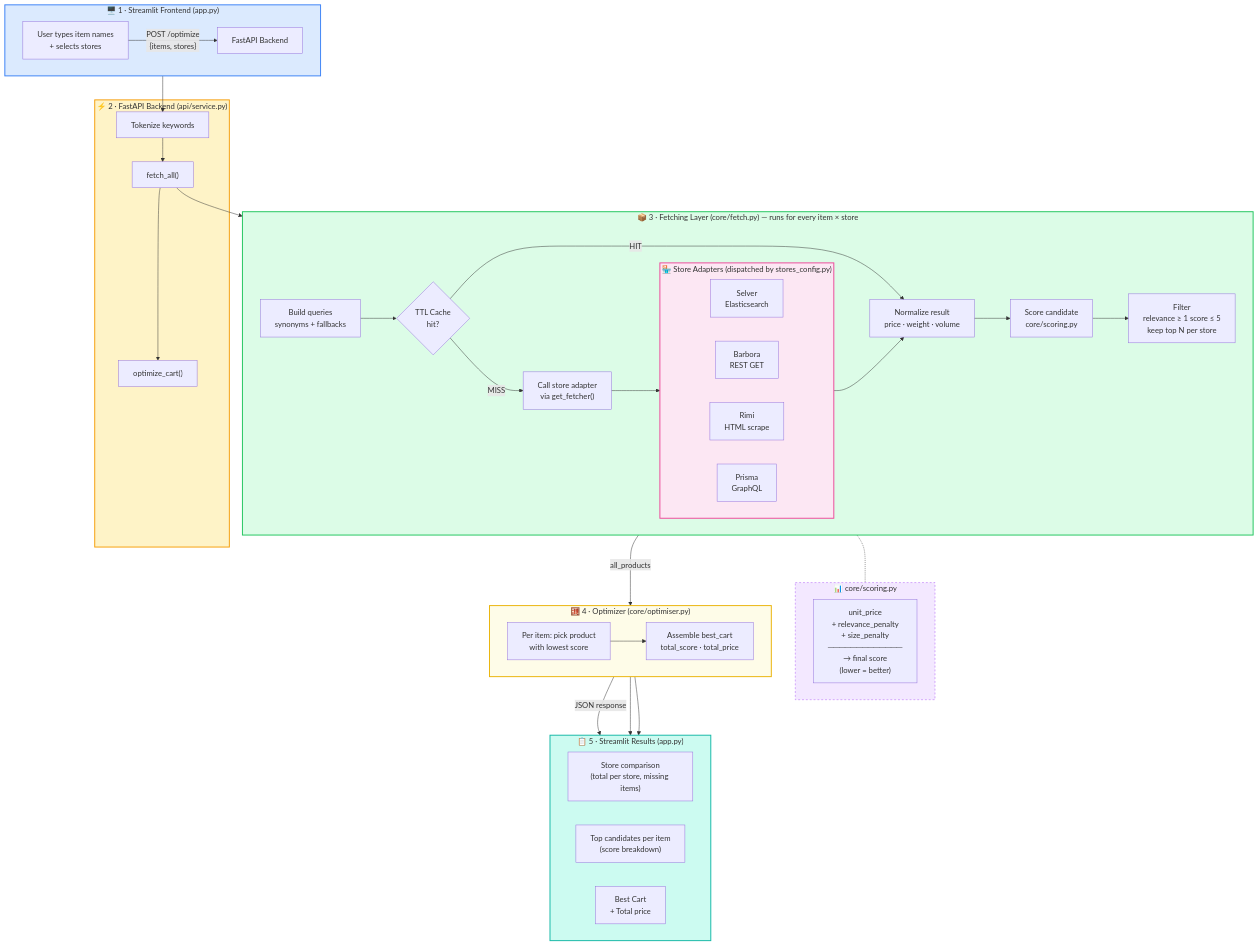
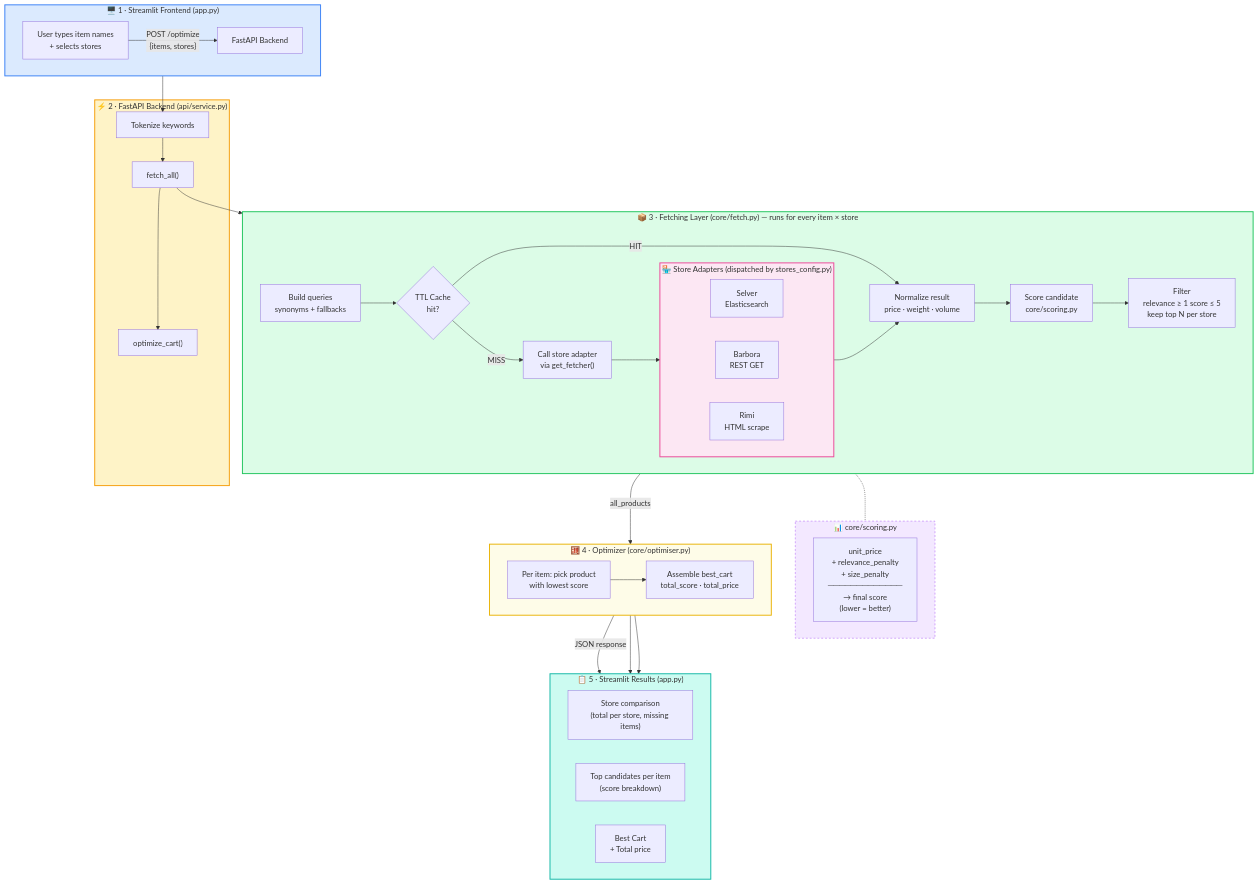
The diagram in diagram.md (andreasordano/grocery), drawn with Mermaid before and after one commit. The commit also changed other lines of this file and 5 other files, not shown here.

````diff
--- a/diagram.md
+++ b/diagram.md
@@ -33,69 +32,68 @@
 ```mermaid
 flowchart TD
 
     %% ── STEP 1: UI ───────────────────────────────────────────
     subgraph UI["🖥️ 1 · Streamlit Frontend  (app.py)"]
         direction LR
         A["User types item names\n+ selects stores"] -->|"POST /optimize\n{items, stores}"| B["FastAPI Backend"]
     end
 
     %% ── STEP 2: API ──────────────────────────────────────────
     subgraph API["⚡ 2 · FastAPI Backend  (api/service.py)"]
         B --> B1["Tokenize keywords"]
         B1 --> B2["fetch_all()"]
         B2 --> B3["optimize_cart()"]
     end
 
     %% ── STEP 3: FETCH ────────────────────────────────────────
     subgraph FETCH["📦 3 · Fetching Layer  (core/fetch.py)    —    runs for every item × store"]
         direction LR
         B2 --> C1["Build queries\nsynonyms + fallbacks"]
         C1 --> C2{"TTL Cache\nhit?"}
         C2 -->|"HIT"| C4
         C2 -->|"MISS"| C3["Call store adapter\nvia get_fetcher()"]
         C3 --> C3b["Store APIs"]
         C3b --> C4["Normalize result\nprice · weight · volume"]
         C4 --> C5["Score candidate\ncore/scoring.py"]
         C5 --> C6["Filter\nrelevance ≥ 1  score ≤ 5\nkeep top N per store"]
     end
 
     %% ── STEP 3a: STORE ADAPTERS ──────────────────────────────
     subgraph C3b["🏪 Store Adapters  (dispatched by stores_config.py)"]
         direction LR
         S1["Selver\nElasticsearch"]
         S2["Barbora\nREST GET"]
         S3["Rimi\nHTML scrape"]
-        S4["Prisma\nGraphQL"]
     end
 
     %% ── STEP 3b: SCORING ─────────────────────────────────────
     subgraph SCORING["📊 core/scoring.py"]
         direction LR
         SC["unit_price\n+ relevance_penalty\n+ size_penalty\n─────────────\n→ final score\n(lower = better)"]
     end
     C5 -.- SCORING
 
     %% ── STEP 4: OPTIMIZER ────────────────────────────────────
     subgraph OPT["🧮 4 · Optimizer  (core/optimiser.py)"]
         direction LR
         C6 -->|"all_products"| O1["Per item: pick product\nwith lowest score"]
         O1 --> O2["Assemble best_cart\ntotal_score · total_price"]
     end
 
     %% ── STEP 5: RESULTS ──────────────────────────────────────
     subgraph RESULTS["📋 5 · Streamlit Results  (app.py)"]
         direction LR
         O2 -->|"JSON response"| R1["Store comparison\n(total per store, missing items)"]
         O2 --> R2["Top candidates per item\n(score breakdown)"]
         O2 --> R3["Best Cart\n+ Total price"]
     end
 
     %% ── STYLES ───────────────────────────────────────────────
     style UI      fill:#dbeafe,stroke:#3b82f6,stroke-width:2px
     style API     fill:#fef3c7,stroke:#f59e0b,stroke-width:2px
     style FETCH   fill:#dcfce7,stroke:#22c55e,stroke-width:2px
     style C3b     fill:#fce7f3,stroke:#ec4899,stroke-width:2px
     style SCORING fill:#f3e8ff,stroke:#a855f7,stroke-width:1px,stroke-dasharray:4
     style OPT     fill:#fefce8,stroke:#eab308,stroke-width:2px
     style RESULTS fill:#ccfbf1,stroke:#14b8a6,stroke-width:2px
 ```
````
